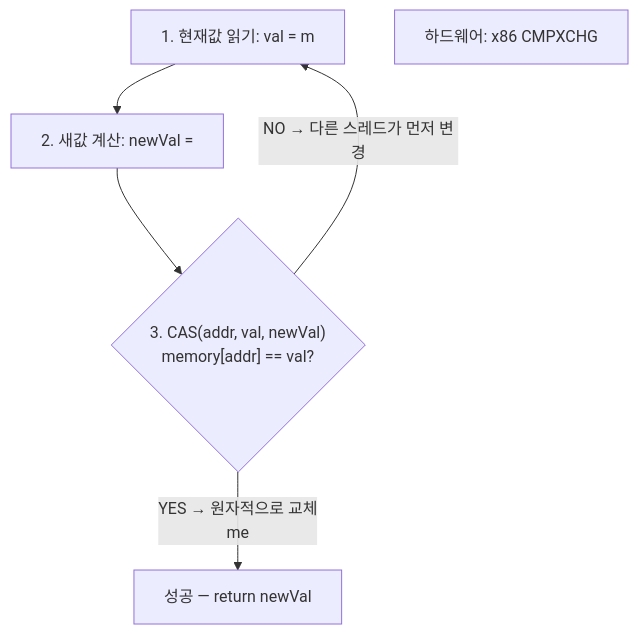
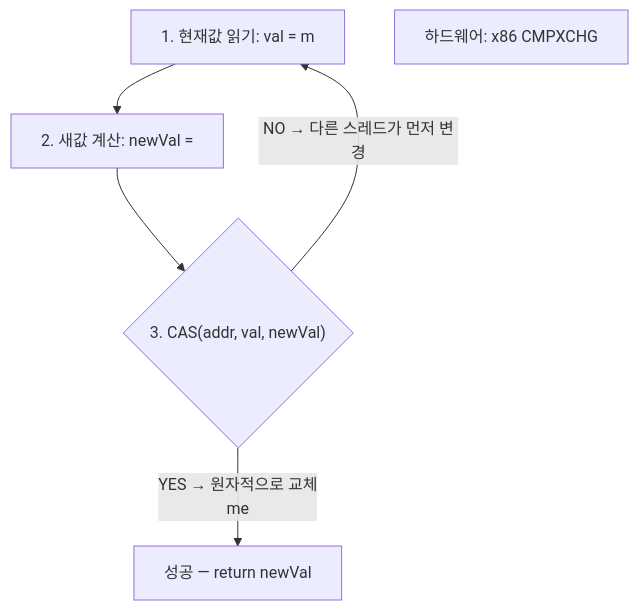
The ninth of 17 diagrams in _posts/java/2026-05-01-java-thread.md (yjkim2015/yjkim2015.github.io), drawn with Mermaid before and after one commit. The commit also changed other lines of this file and 217 other files, not shown here.

First line of the commit message:
Mermaid 크기 수정: useMaxWidth:true + SVG max-width:100% + 라벨 축소

````diff
--- a/_posts/java/2026-05-01-java-thread.md
+++ b/_posts/java/2026-05-01-java-thread.md
@@ -1026,8 +1026,8 @@
 ```mermaid
 flowchart TD
   A["1. 현재값 읽기: val = m"] --> B["2. 새값 계산: newVal ="]
-  B --> C{"3. CAS(addr, val, newVal)\nmemory[addr] == val?"}
+  B --> C{"3. CAS(addr, val, newVal)"}
   C -->|"YES → 원자적으로 교체\nme"| D["성공 — return newVal"]
   C -->|"NO → 다른 스레드가 먼저 변경"| A
   D2["하드웨어: x86 CMPXCHG"]
 ```
````
